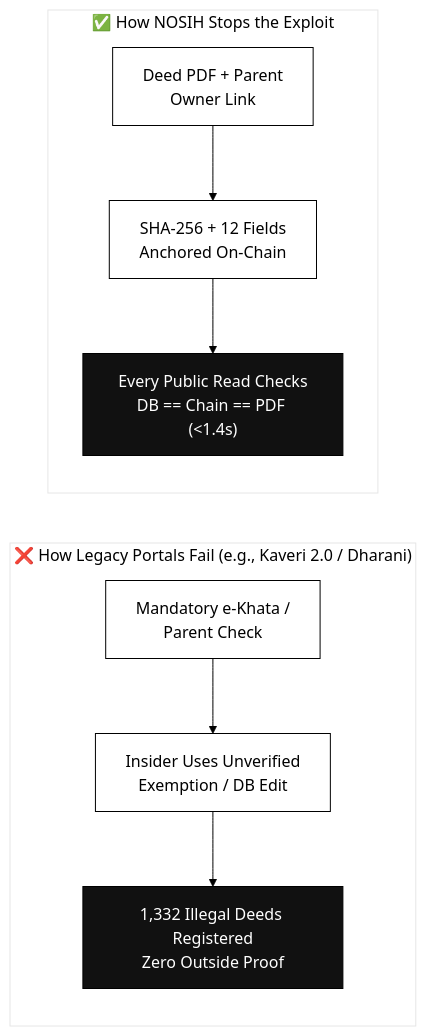
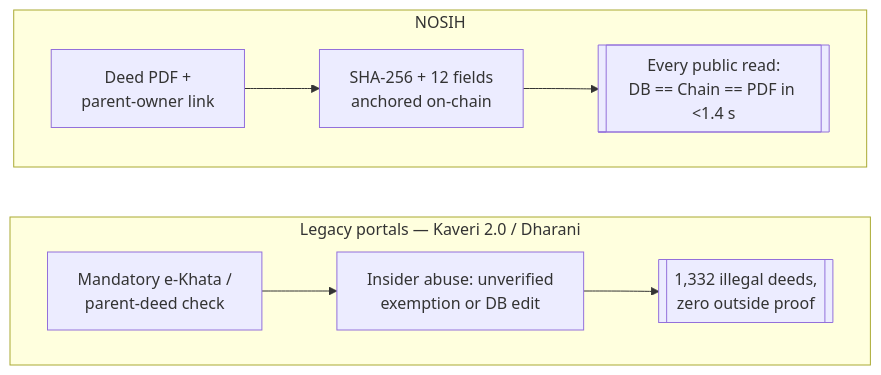
Before and after one commit to rmn2178/NOSIH-secure: the third of 8 diagrams in README.md, drawn with Mermaid. The commit also changed other lines of this file, not shown here.

First line of the commit message:
docs(readme): rework mermaid diagrams for theme-adaptive clarity

````diff
--- a/README.md
+++ b/README.md
@@ -137,16 +129,14 @@
 ```mermaid
-%%{init: {'theme': 'base', 'themeVariables': { 'primaryColor': '#ffffff', 'primaryTextColor': '#000000', 'primaryBorderColor': '#000000', 'lineColor': '#000000'}}}%%
 flowchart LR
-    subgraph LEGACY["❌ How Legacy Portals Fail (e.g., Kaveri 2.0 / Dharani)"]
-        L1["Mandatory e-Khata /<br/>Parent Check"] --> L2["Insider Uses Unverified<br/>Exemption / DB Edit"]
-        L2 --> L3["1,332 Illegal Deeds Registered<br/>Zero Outside Proof"]
+    subgraph LEGACY["Legacy portals — Kaveri 2.0 / Dharani"]
+        direction LR
+        L1["Mandatory e-Khata /<br/>parent-deed check"] --> L2["Insider abuse: unverified<br/>exemption or DB edit"]
+        L2 --> L3[["1,332 illegal deeds,<br/>zero outside proof"]]
     end
 
-    subgraph NOSIH_WAY["✅ How NOSIH Stops the Exploit"]
-        N1["Deed PDF + Parent<br/>Owner Link"] --> N2["SHA-256 + 12 Fields<br/>Anchored On-Chain"]
-        N2 --> N3["Every Public Read Checks<br/>DB == Chain == PDF (<1.4s)"]
+    subgraph NOSIH_WAY["NOSIH"]
+        direction LR
+        N1["Deed PDF +<br/>parent-owner link"] --> N2["SHA-256 + 12 fields<br/>anchored on-chain"]
+        N2 --> N3[["Every public read:<br/>DB == Chain == PDF in &lt;1.4 s"]]
     end
-
-    style L3 fill:#111111,stroke:#000000,color:#ffffff
-    style N3 fill:#111111,stroke:#000000,color:#ffffff
 ```
````
